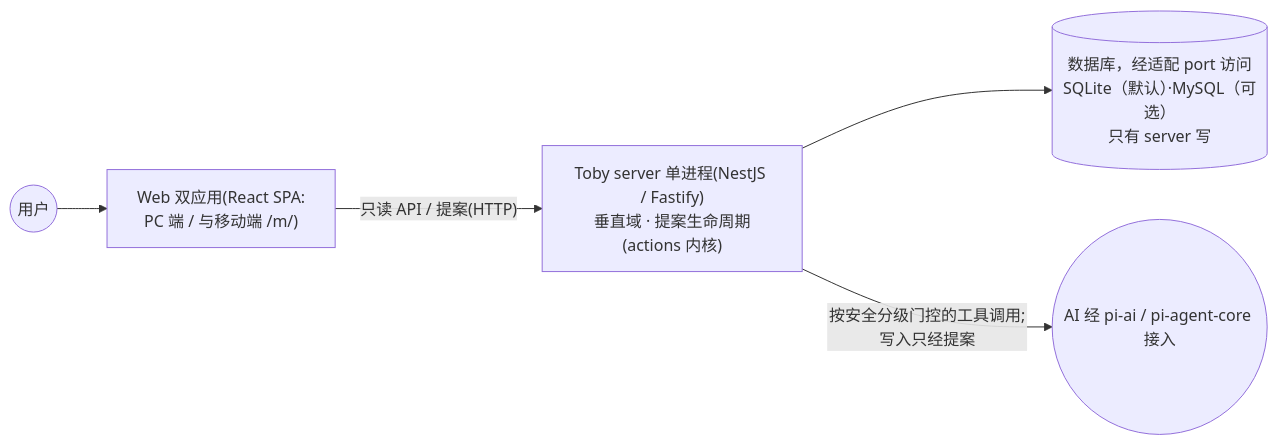
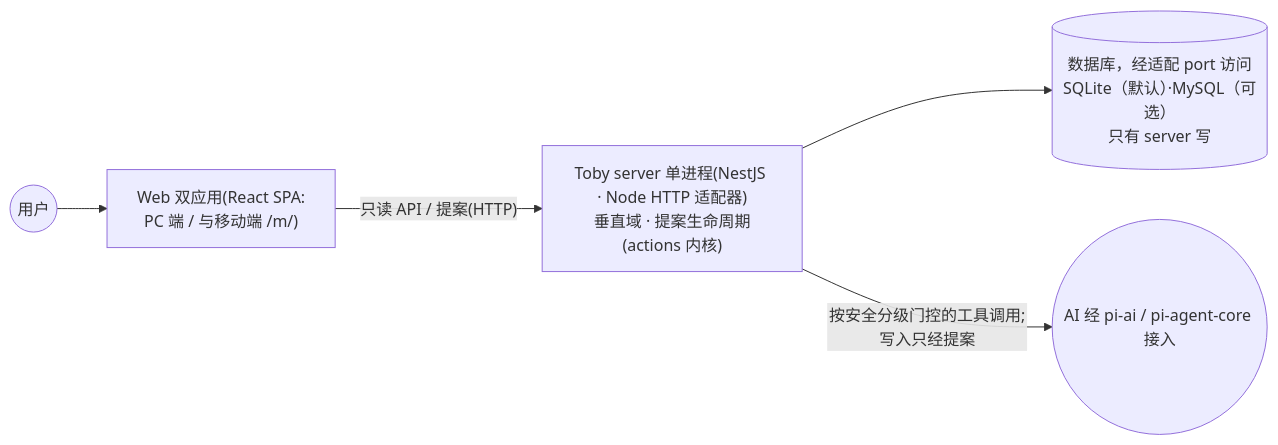
Before and after one commit to dengyusys/toby: the first of 3 diagrams in docs/system-overview.zh.md, drawn with Mermaid. The commit also changed other lines of this file and 129 other files, not shown here.

Commit message:
refactor(server): align the server with Nest idioms

````diff
--- a/docs/system-overview.zh.md
+++ b/docs/system-overview.zh.md
@@ -23,7 +23,7 @@
 ```mermaid
 flowchart LR
     U(("用户")) --> W["Web 双应用(React SPA:<br/>PC 端 / 与移动端 /m/)"]
-    W -->|"只读 API / 提案(HTTP)"| S["Toby server 单进程(NestJS / Fastify)<br/>垂直域 · 提案生命周期(actions 内核)"]
+    W -->|"只读 API / 提案(HTTP)"| S["Toby server 单进程(NestJS · Node HTTP 适配器)<br/>垂直域 · 提案生命周期(actions 内核)"]
     S --> DB[("数据库，经适配 port 访问<br/>SQLite（默认）·MySQL（可选）<br/>只有 server 写")]
     S -->|"按安全分级门控的工具调用;写入只经提案"| AI(("AI 经 pi-ai / pi-agent-core 接入"))
 ```
````
